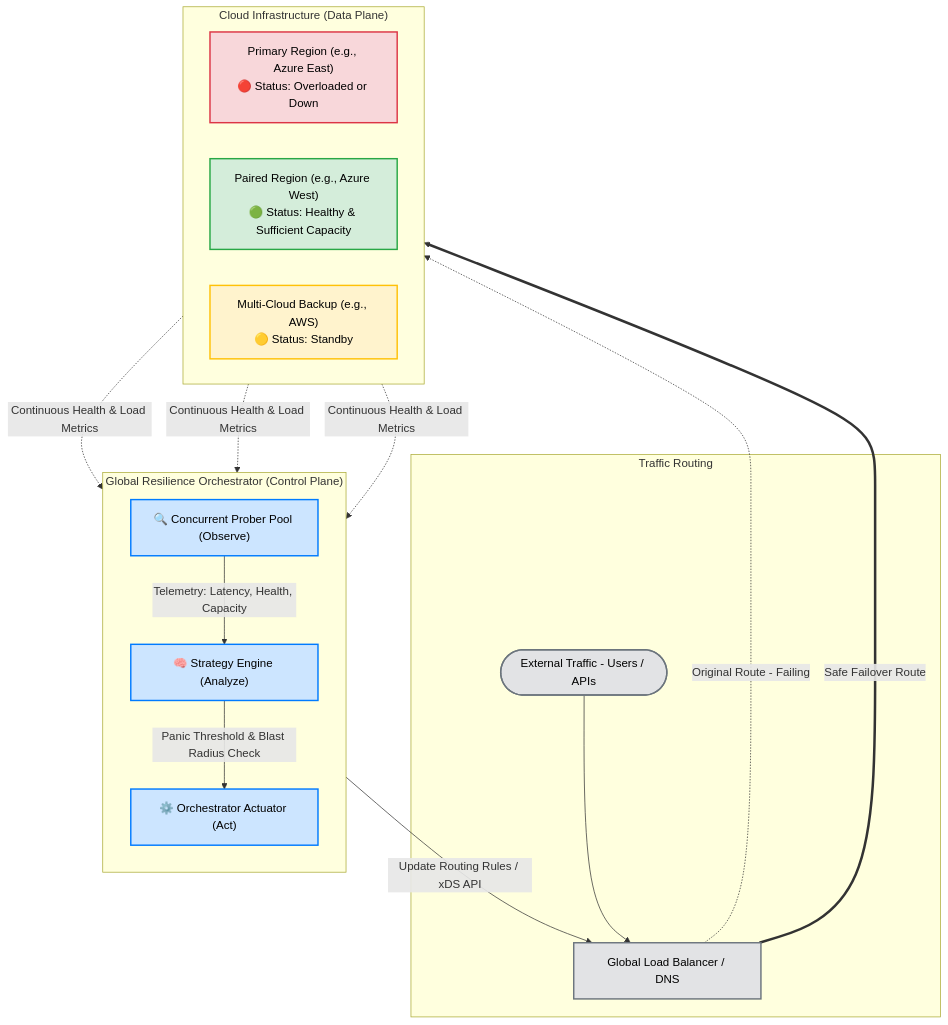
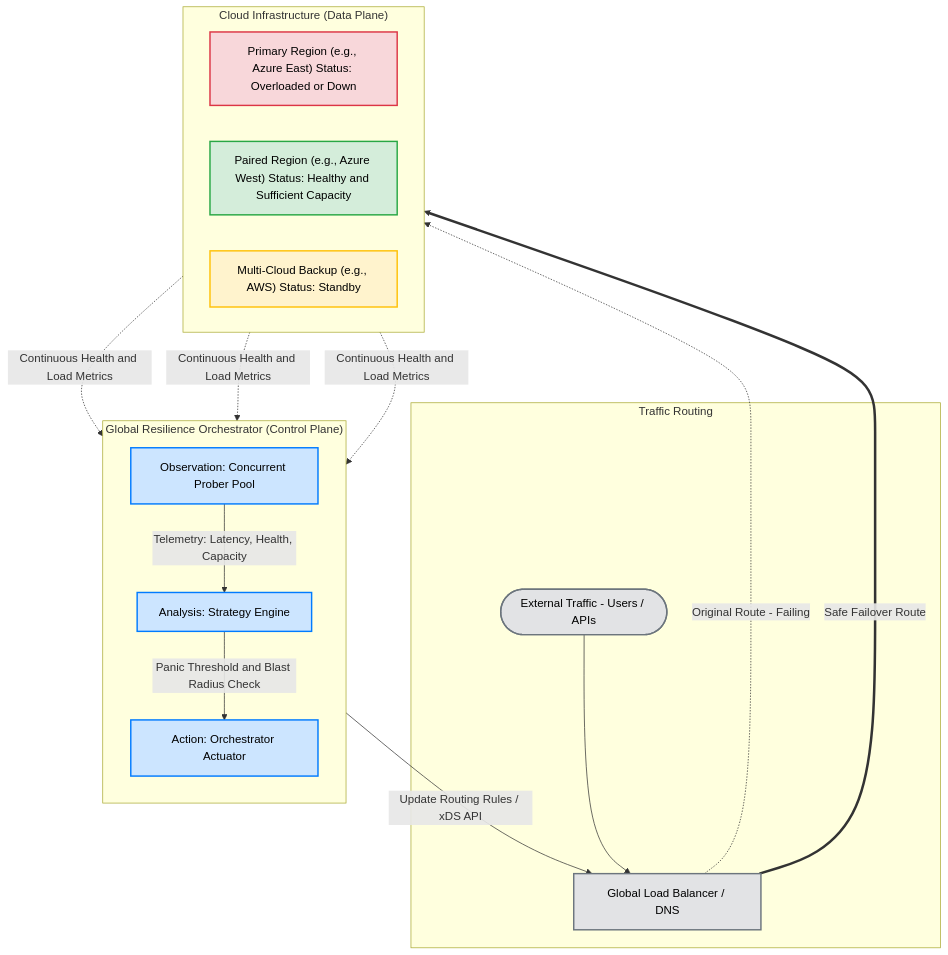
One commit to jiayu8302/Global-Resilience-Orchestrator changed the first of 2 diagrams in README.md. Above: the diagram before and after it, drawn with Mermaid. The commit also changed other lines of this file, not shown here.

Commit message:
docs: update GRO readme with high-availability metrics and industry failure case analysis

````diff
--- a/README.md
+++ b/README.md
@@ -22,47 +35,47 @@
 ```mermaid
 flowchart TD
     subgraph Routing ["Traffic Routing"]
         Users(["External Traffic - Users / APIs"])
         Gateway["Global Load Balancer / DNS"]
     end
 
     subgraph ControlPlane ["Global Resilience Orchestrator (Control Plane)"]
         direction TB
-        Prober["🔍 Concurrent Prober Pool (Observe)"]
-        Strategy["🧠 Strategy Engine (Analyze)"]
-        Actuator["⚙️ Orchestrator Actuator (Act)"]
+        Prober["Observation: Concurrent Prober Pool"]
+        Strategy["Analysis: Strategy Engine"]
+        Actuator["Action: Orchestrator Actuator"]
 
         Prober -->|Telemetry: Latency, Health, Capacity| Strategy
-        Strategy -->|Panic Threshold & Blast Radius Check| Actuator
+        Strategy -->|Panic Threshold and Blast Radius Check| Actuator
     end
 
     subgraph DataPlane ["Cloud Infrastructure (Data Plane)"]
         direction LR
-        RegionA["Primary Region (e.g., Azure East)<br/>🔴 Status: Overloaded or Down"]
-        RegionB["Paired Region (e.g., Azure West)<br/>🟢 Status: Healthy & Sufficient Capacity"]
-        RegionC["Multi-Cloud Backup (e.g., AWS)<br/>🟡 Status: Standby"]
+        RegionA["Primary Region (e.g., Azure East) Status: Overloaded or Down"]
+        RegionB["Paired Region (e.g., Azure West) Status: Healthy and Sufficient Capacity"]
+        RegionC["Multi-Cloud Backup (e.g., AWS) Status: Standby"]
     end
 
     Users --> Gateway
     Gateway -.->|Original Route - Failing| RegionA
     Gateway ==>|Safe Failover Route| RegionB
     
     Actuator -->|Update Routing Rules / xDS API| Gateway
 
-    RegionA -.->|Continuous Health & Load Metrics| Prober
-    RegionB -.->|Continuous Health & Load Metrics| Prober
-    RegionC -.->|Continuous Health & Load Metrics| Prober
+    RegionA -.->|Continuous Health and Load Metrics| Prober
+    RegionB -.->|Continuous Health and Load Metrics| Prober
+    RegionC -.->|Continuous Health and Load Metrics| Prober
 
     %% Styling
     classDef healthy fill:#d4edda,stroke:#28a745,stroke-width:2px,color:#000;
     classDef issue fill:#f8d7da,stroke:#dc3545,stroke-width:2px,color:#000;
     classDef standby fill:#fff3cd,stroke:#ffc107,stroke-width:2px,color:#000;
     classDef control fill:#cce5ff,stroke:#007bff,stroke-width:2px,color:#000;
     classDef traffic fill:#e2e3e5,stroke:#6c757d,stroke-width:2px,color:#000;
 
     class RegionB healthy;
     class RegionA issue;
     class RegionC standby;
     class Prober,Strategy,Actuator control;
     class Users,Gateway traffic;
 ```
````
